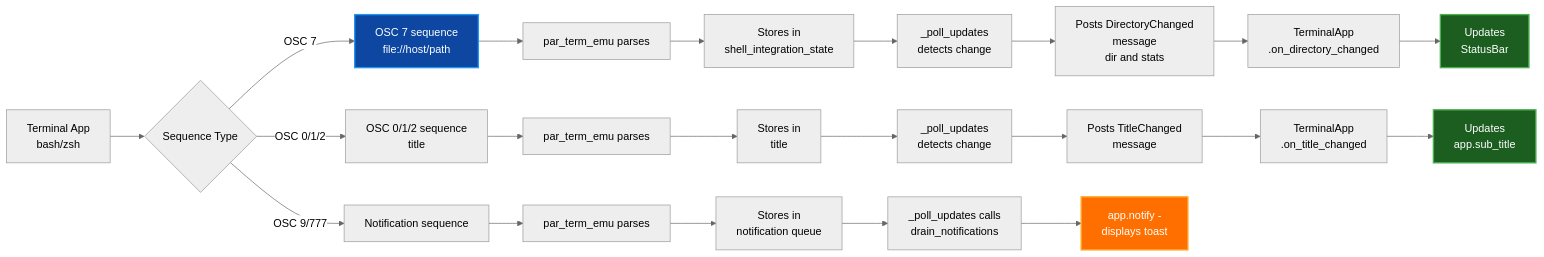
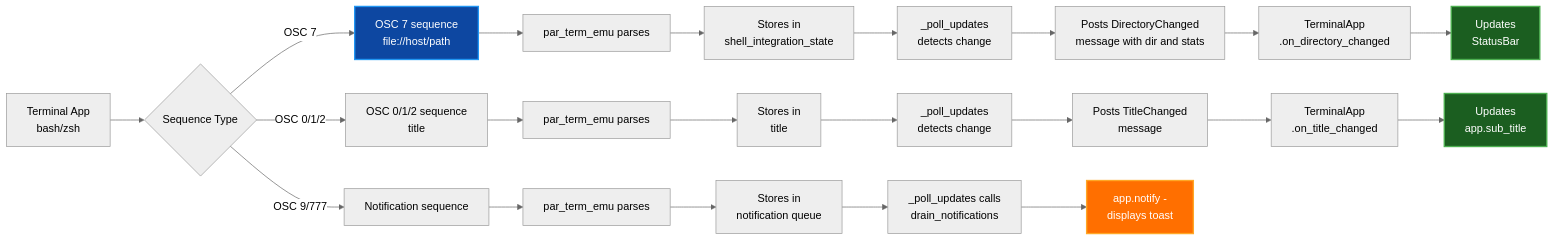
The fourth of 7 diagrams in docs/ARCHITECTURE.md (paulrobello/par-term-emu-tui-rust), drawn with Mermaid (neutral theme) before and after one commit. The commit also changed other lines of this file and 32 other files, not shown here.

````diff
--- a/docs/ARCHITECTURE.md
+++ b/docs/ARCHITECTURE.md
@@ -864,31 +964,31 @@
 ```mermaid
 graph LR
     A[Terminal App<br/>bash/zsh] --> B{Sequence Type}
 
     B -->|OSC 7| C["OSC 7 sequence<br/>file://host/path"]
     C --> D[par_term_emu parses]
     D --> E[Stores in<br/>shell_integration_state]
     E --> F[_poll_updates<br/>detects change]
-    F --> G[Posts DirectoryChanged<br/>message<br/>dir and stats]
+    F --> G[Posts DirectoryChanged<br/>message with dir and stats]
     G --> H[TerminalApp<br/>.on_directory_changed]
     H --> I[Updates<br/>StatusBar]
 
     B -->|OSC 0/1/2| J["OSC 0/1/2 sequence<br/>title"]
     J --> K[par_term_emu parses]
     K --> L[Stores in<br/>title]
     L --> M[_poll_updates<br/>detects change]
     M --> N[Posts TitleChanged<br/>message]
     N --> O[TerminalApp<br/>.on_title_changed]
     O --> P[Updates<br/>app.sub_title]
 
     B -->|OSC 9/777| Q[Notification sequence]
     Q --> R[par_term_emu parses]
     R --> S[Stores in<br/>notification queue]
     S --> T[_poll_updates calls<br/>drain_notifications]
     T --> U[app.notify -<br/>displays toast]
 
     style C fill:#0d47a1,stroke:#2196f3,stroke-width:2px,color:#ffffff
     style I fill:#1b5e20,stroke:#4caf50,stroke-width:2px,color:#ffffff
     style P fill:#1b5e20,stroke:#4caf50,stroke-width:2px,color:#ffffff
     style U fill:#ff6f00,stroke:#ffa726,stroke-width:2px,color:#ffffff
 ```
````
